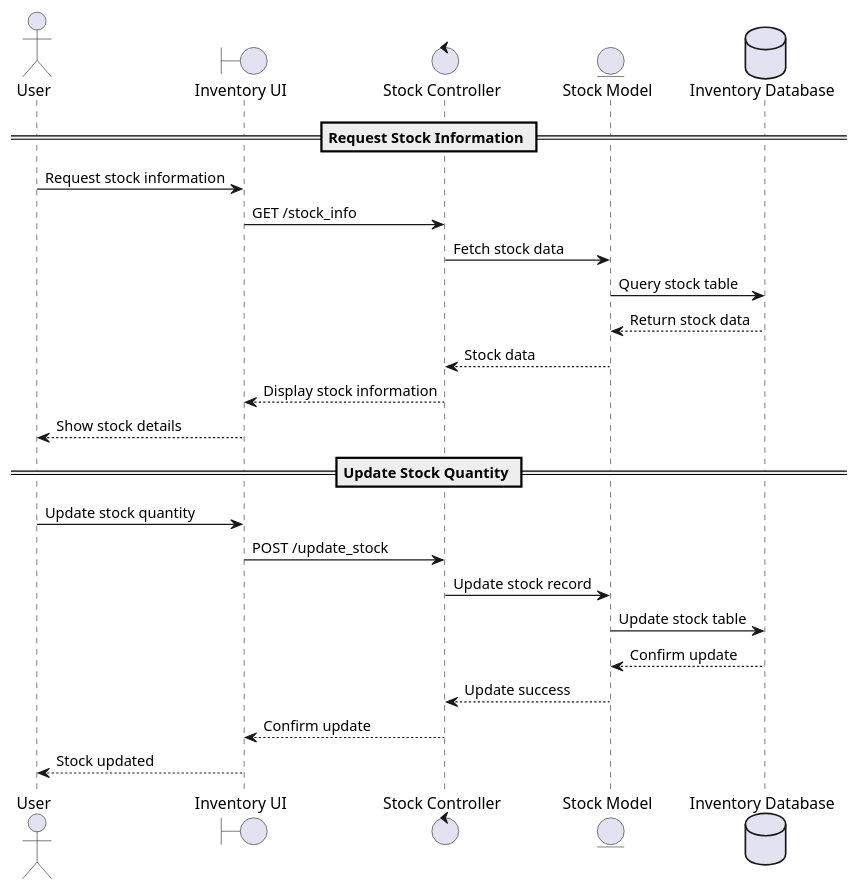
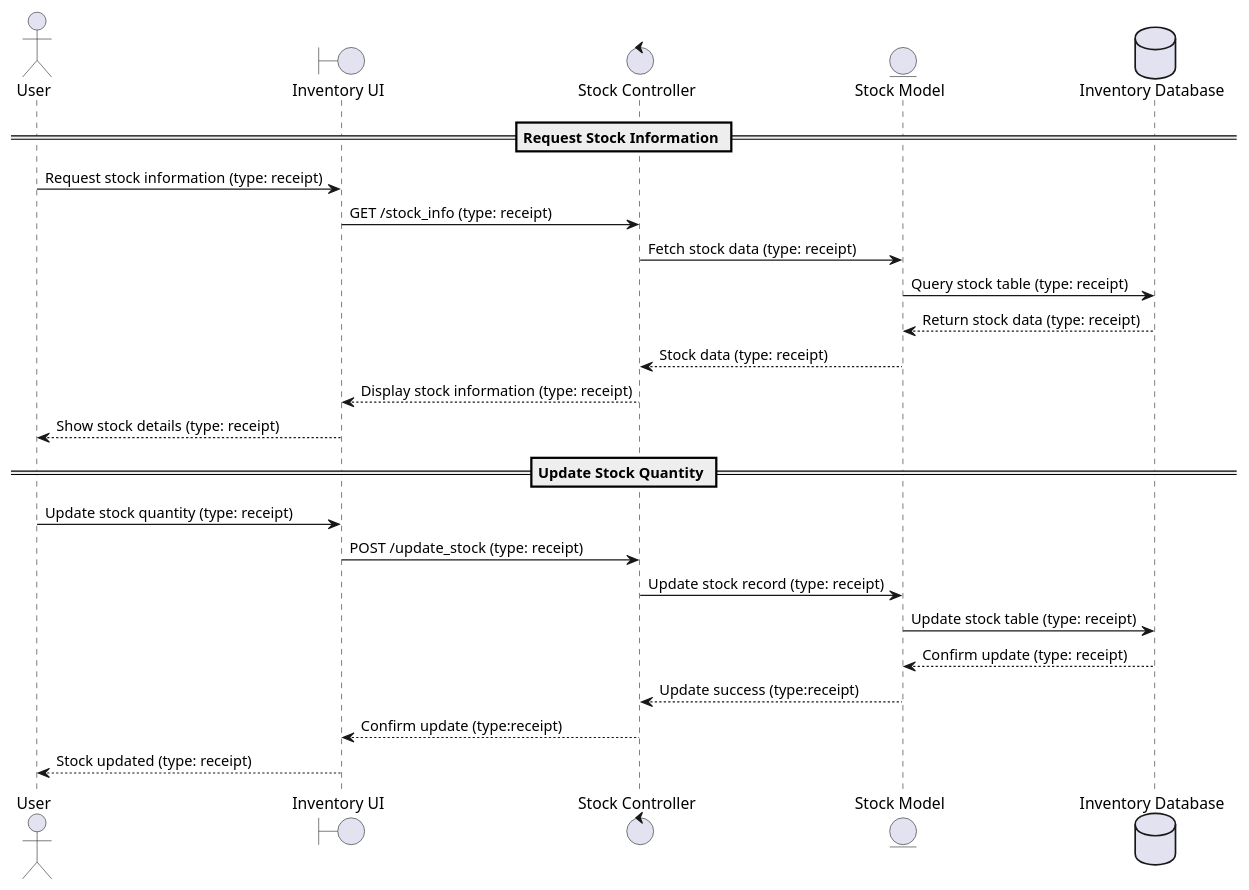
Before and after one commit to Juanimaz10/Ingenieria_de_software: the diagram in docs/stock_diagram.puml, drawn with PlantUML. The commit also changed 1 other file, not shown here.

Commit message:
#9 diagrama de secuencia de stock - Cambio en tipo de recibo

```diff
--- a/docs/stock_diagram.puml
+++ b/docs/stock_diagram.puml
@@ -1,27 +1,27 @@
 @startuml
 actor User
 boundary "Inventory UI" as UI
 control "Stock Controller" as Controller
 entity "Stock Model" as Model
 database "Inventory Database" as DB
 
 == Request Stock Information ==
-User -> UI: Request stock information
-UI -> Controller: GET /stock_info
-Controller -> Model: Fetch stock data
-Model -> DB: Query stock table
-DB --> Model: Return stock data
-Model --> Controller: Stock data
-Controller --> UI: Display stock information
-UI --> User: Show stock details
+User -> UI: Request stock information (type: receipt)
+UI -> Controller: GET /stock_info (type: receipt)
+Controller -> Model: Fetch stock data (type: receipt)
+Model -> DB: Query stock table (type: receipt)
+DB --> Model: Return stock data (type: receipt)
+Model --> Controller: Stock data (type: receipt)
+Controller --> UI: Display stock information (type: receipt)
+UI --> User: Show stock details (type: receipt)
 
 == Update Stock Quantity ==
-User -> UI: Update stock quantity
-UI -> Controller: POST /update_stock
-Controller -> Model: Update stock record
-Model -> DB: Update stock table
-DB --> Model: Confirm update
-Model --> Controller: Update success
-Controller --> UI: Confirm update
-UI --> User: Stock updated
+User -> UI: Update stock quantity (type: receipt)
+UI -> Controller: POST /update_stock (type: receipt)
+Controller -> Model: Update stock record (type: receipt)
+Model -> DB: Update stock table (type: receipt)
+DB --> Model: Confirm update (type: receipt)
+Model --> Controller: Update success (type:receipt)
+Controller --> UI: Confirm update (type:receipt)
+UI --> User: Stock updated (type: receipt)
 @enduml
```
